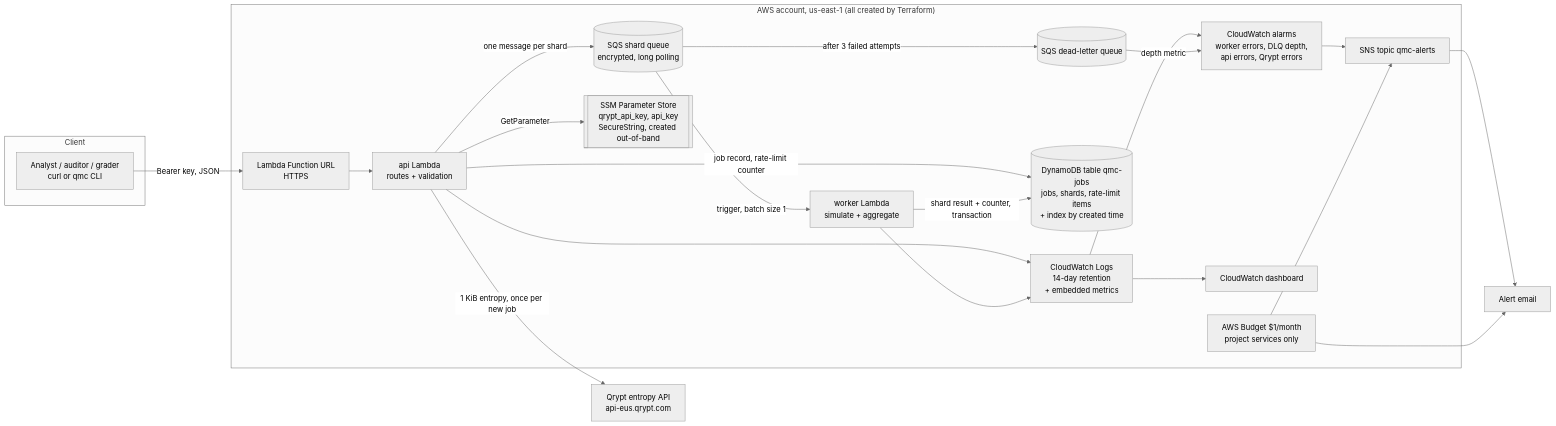
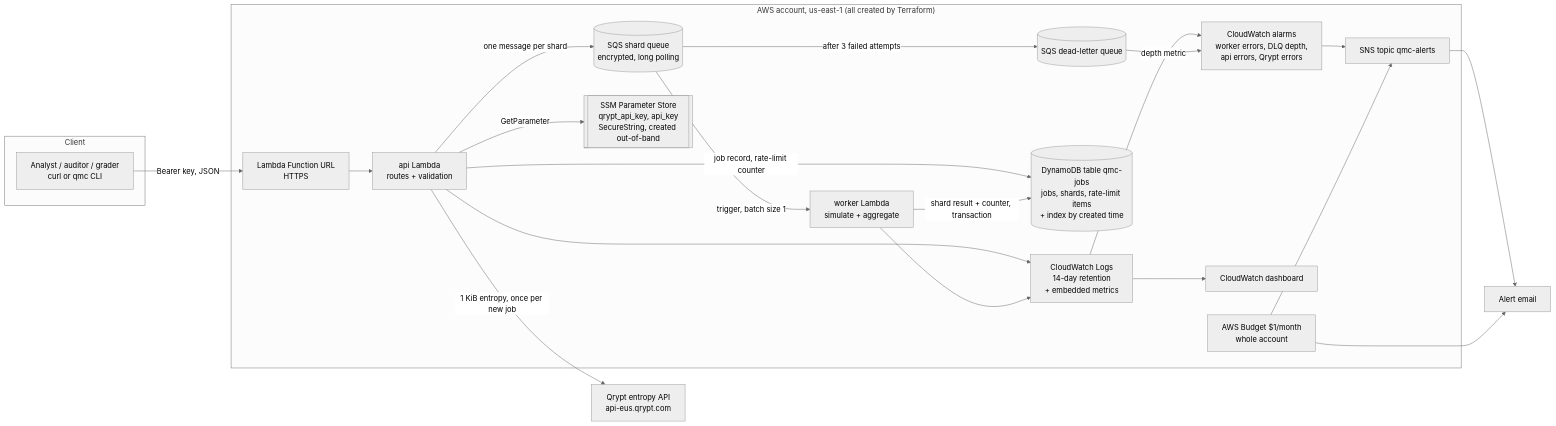
Before and after one commit to hdxsfbr/qrypt-monte-carlo: the diagram in docs/DESIGN.md, drawn with Mermaid (neutral theme). The commit also changed other lines of this file and 4 other files, not shown here.

Commit message:
Docs: move project to dedicated Free plan account, grading window, alert_email, concurrency quota note

````diff
--- a/docs/DESIGN.md
+++ b/docs/DESIGN.md
@@ -24,39 +25,39 @@
 ```mermaid
 flowchart LR
   subgraph Client
     U[Analyst / auditor / grader<br/>curl or qmc CLI]
   end
   subgraph AWS["AWS account, us-east-1 (all created by Terraform)"]
     FURL[Lambda Function URL<br/>HTTPS]
     API[api Lambda<br/>routes + validation]
     WQ[(SQS shard queue<br/>encrypted, long polling)]
     DLQ[(SQS dead-letter queue)]
     W[worker Lambda<br/>simulate + aggregate]
     DDB[(DynamoDB table qmc-jobs<br/>jobs, shards, rate-limit items<br/>+ index by created time)]
     SSM[[SSM Parameter Store<br/>qrypt_api_key, api_key<br/>SecureString, created out-of-band]]
     CWL[CloudWatch Logs<br/>14-day retention<br/>+ embedded metrics]
     CWA[CloudWatch alarms<br/>worker errors, DLQ depth,<br/>api errors, Qrypt errors]
     DASH[CloudWatch dashboard]
     SNS[SNS topic qmc-alerts]
-    BUD[AWS Budget $1/month<br/>project services only]
+    BUD[AWS Budget $1/month<br/>whole account]
   end
   Q[Qrypt entropy API<br/>api-eus.qrypt.com]
   MAIL[Alert email]
 
   U -->|Bearer key, JSON| FURL --> API
   API -->|GetParameter| SSM
   API -->|1 KiB entropy, once per new job| Q
   API -->|job record, rate-limit counter| DDB
   API -->|one message per shard| WQ
   WQ -->|trigger, batch size 1| W
   WQ -->|after 3 failed attempts| DLQ
   W -->|shard result + counter, transaction| DDB
   API --> CWL
   W --> CWL
   CWL --> DASH
   CWL --> CWA
   DLQ -->|depth metric| CWA
   CWA --> SNS --> MAIL
   BUD --> SNS
   BUD --> MAIL
 ```
````
